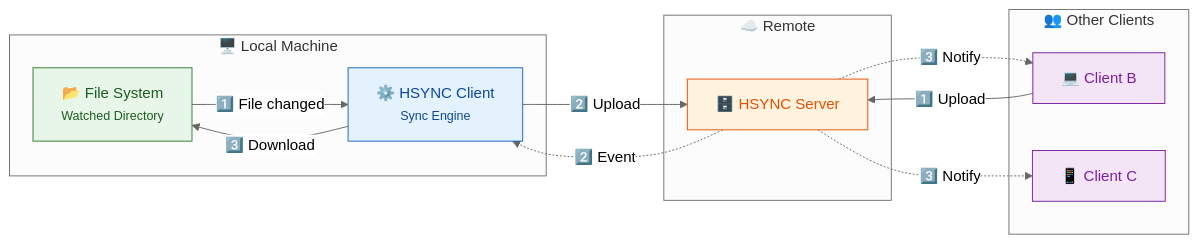
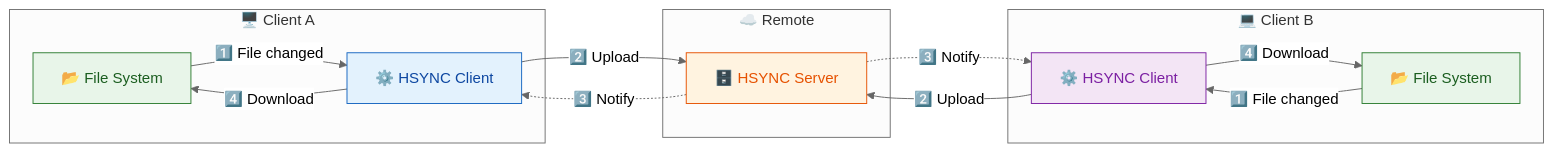
Before and after one commit to albertsdk/hsync-client: the diagram in README.md, drawn with Mermaid (neutral theme). The commit also changed other lines of this file and 3 other files, not shown here.

First line of the commit message:
docs: simplify sync diagram to 2 clients

````diff
--- a/README.md
+++ b/README.md
@@ -7,33 +7,34 @@
 ```mermaid
 flowchart LR
-    subgraph Local["🖥️ Local Machine"]
-        FS["📂 File System<br/><small>Watched Directory</small>"]
-        CLIENT["⚙️ HSYNC Client<br/><small>Sync Engine</small>"]
+    subgraph LocalA["🖥️ Client A"]
+        FSA["📂 File System"]
+        CA["⚙️ HSYNC Client"]
     end
 
     subgraph Remote["☁️ Remote"]
         SERVER["🗄️ HSYNC Server"]
     end
 
-    subgraph OtherClients["👥 Other Clients"]
-        CB["💻 Client B"]
-        CC["📱 Client C"]
+    subgraph LocalB["💻 Client B"]
+        FSB["📂 File System"]
+        CB["⚙️ HSYNC Client"]
     end
 
-    %% Local changes flow
-    FS -->|"1️⃣ File changed"| CLIENT
-    CLIENT -->|"2️⃣ Upload"| SERVER
+    %% Client A changes flow
+    FSA -->|"1️⃣ File changed"| CA
+    CA -->|"2️⃣ Upload"| SERVER
     SERVER -.->|"3️⃣ Notify"| CB
-    SERVER -.->|"3️⃣ Notify"| CC
+    CB -->|"4️⃣ Download"| FSB
 
-    %% Remote changes flow
-    CB -->|"1️⃣ Upload"| SERVER
-    SERVER -.->|"2️⃣ Event"| CLIENT
-    CLIENT -->|"3️⃣ Download"| FS
+    %% Client B changes flow
+    FSB -->|"1️⃣ File changed"| CB
+    CB -->|"2️⃣ Upload"| SERVER
+    SERVER -.->|"3️⃣ Notify"| CA
+    CA -->|"4️⃣ Download"| FSA
 
-    style FS fill:#e8f5e9,stroke:#2e7d32,color:#1b5e20
-    style CLIENT fill:#e3f2fd,stroke:#1565c0,color:#0d47a1
+    style FSA fill:#e8f5e9,stroke:#2e7d32,color:#1b5e20
+    style CA fill:#e3f2fd,stroke:#1565c0,color:#0d47a1
     style SERVER fill:#fff3e0,stroke:#e65100,color:#e65100
+    style FSB fill:#e8f5e9,stroke:#2e7d32,color:#1b5e20
     style CB fill:#f3e5f5,stroke:#7b1fa2,color:#7b1fa2
-    style CC fill:#f3e5f5,stroke:#7b1fa2,color:#7b1fa2
 ```
````
